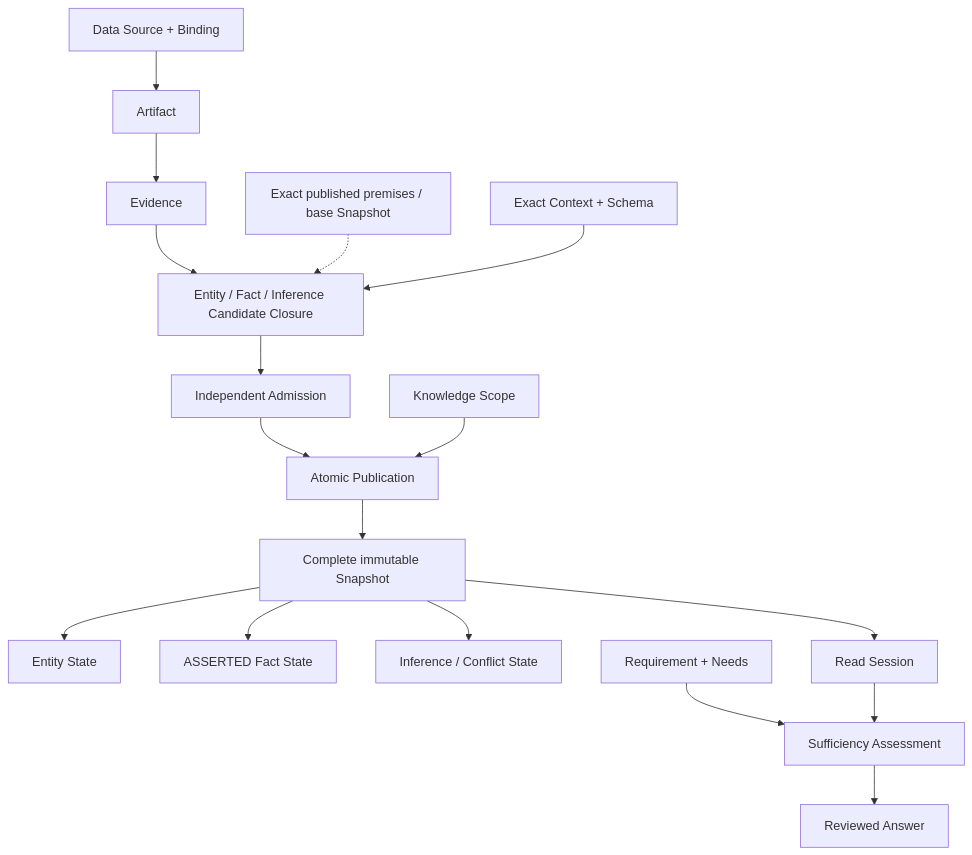
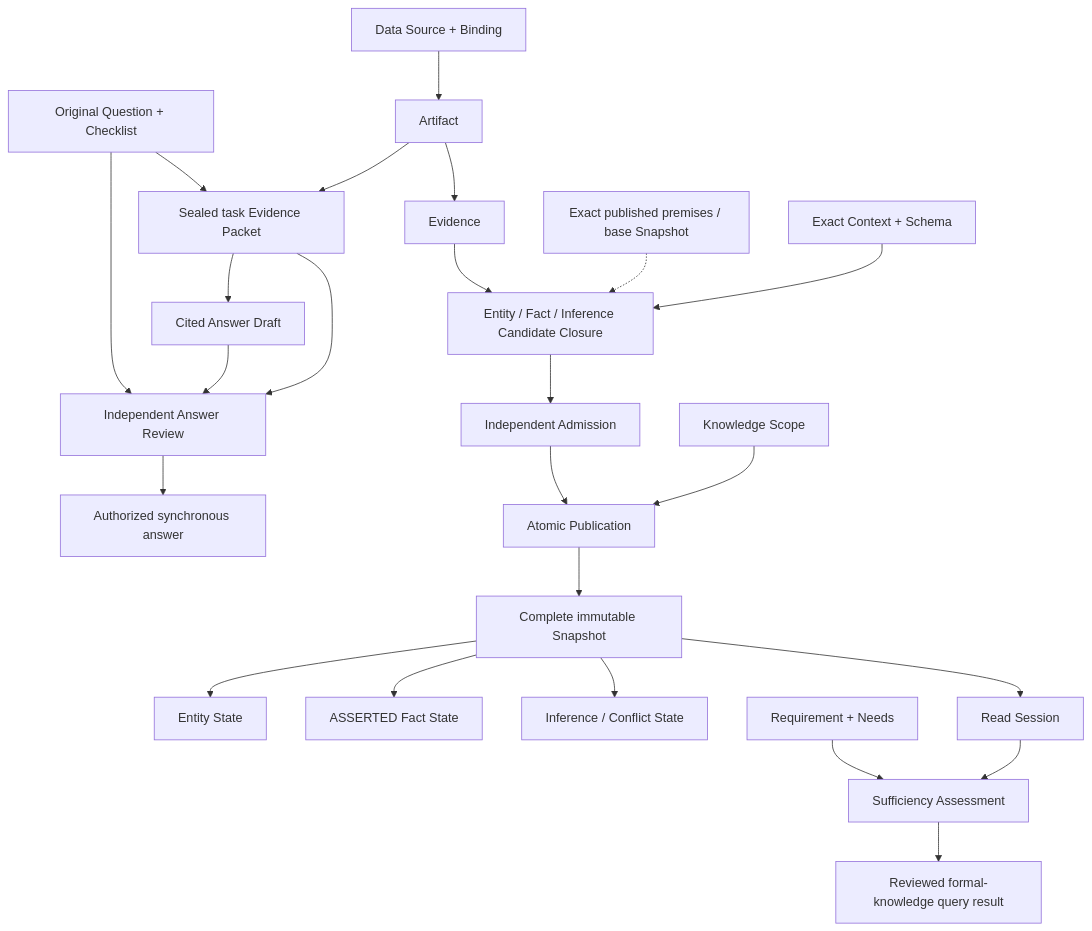
One commit to baitianxia/software-world-model changed the diagram in docs/system/architecture/domain-model.md. Above: the diagram before and after it, drawn with Mermaid. The commit also changed other lines of this file and 112 other files, not shown here.

Commit message:
feat: complete evidence-first local question answering

````diff
--- a/docs/system/architecture/domain-model.md
+++ b/docs/system/architecture/domain-model.md
@@ -14,19 +14,26 @@
 ```mermaid
 flowchart TD
     DS["Data Source + Binding"] --> AR["Artifact"]
+    Q["Original Question + Checklist"] --> EP["Sealed task Evidence Packet"]
+    AR --> EP
+    EP --> DA["Cited Answer Draft"]
+    Q --> RV["Independent Answer Review"]
+    DA --> RV
+    EP --> RV
+    RV --> AA["Authorized synchronous answer"]
     AR --> EV["Evidence"]
     EV --> CC["Entity / Fact / Inference Candidate Closure"]
     PS["Exact published premises / base Snapshot"] -.-> CC
     CX["Exact Context + Schema"] --> CC
     CC --> AD["Independent Admission"]
     AD --> PB["Atomic Publication"]
     KS["Knowledge Scope"] --> PB
     PB --> SN["Complete immutable Snapshot"]
     SN --> EN["Entity State"]
     SN --> FA["ASSERTED Fact State"]
     SN --> IN["Inference / Conflict State"]
     SN --> RS["Read Session"]
     RQ["Requirement + Needs"] --> AS["Sufficiency Assessment"]
     RS --> AS
-    AS --> AN["Reviewed Answer"]
+    AS --> KA["Reviewed formal-knowledge query result"]
 ```
````
